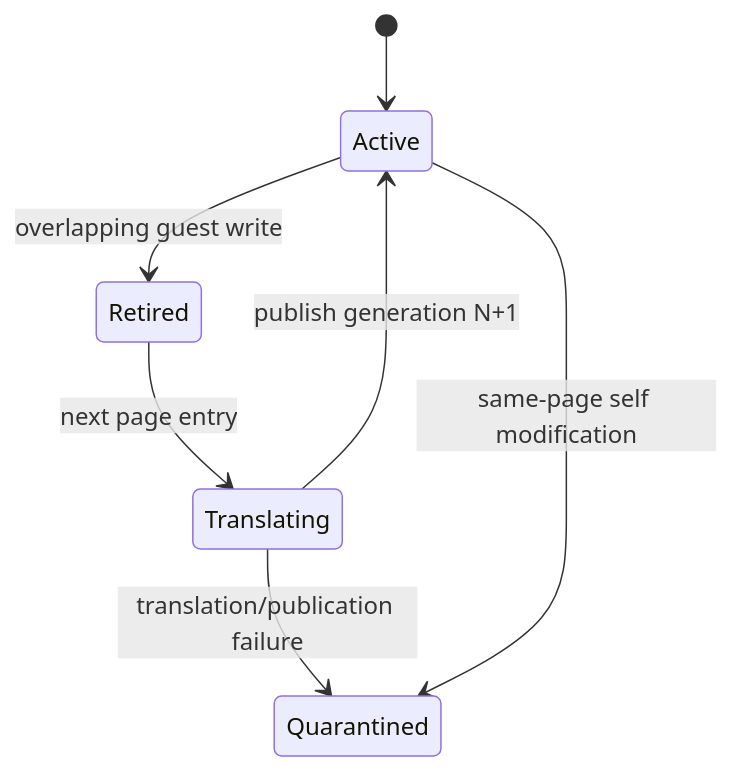
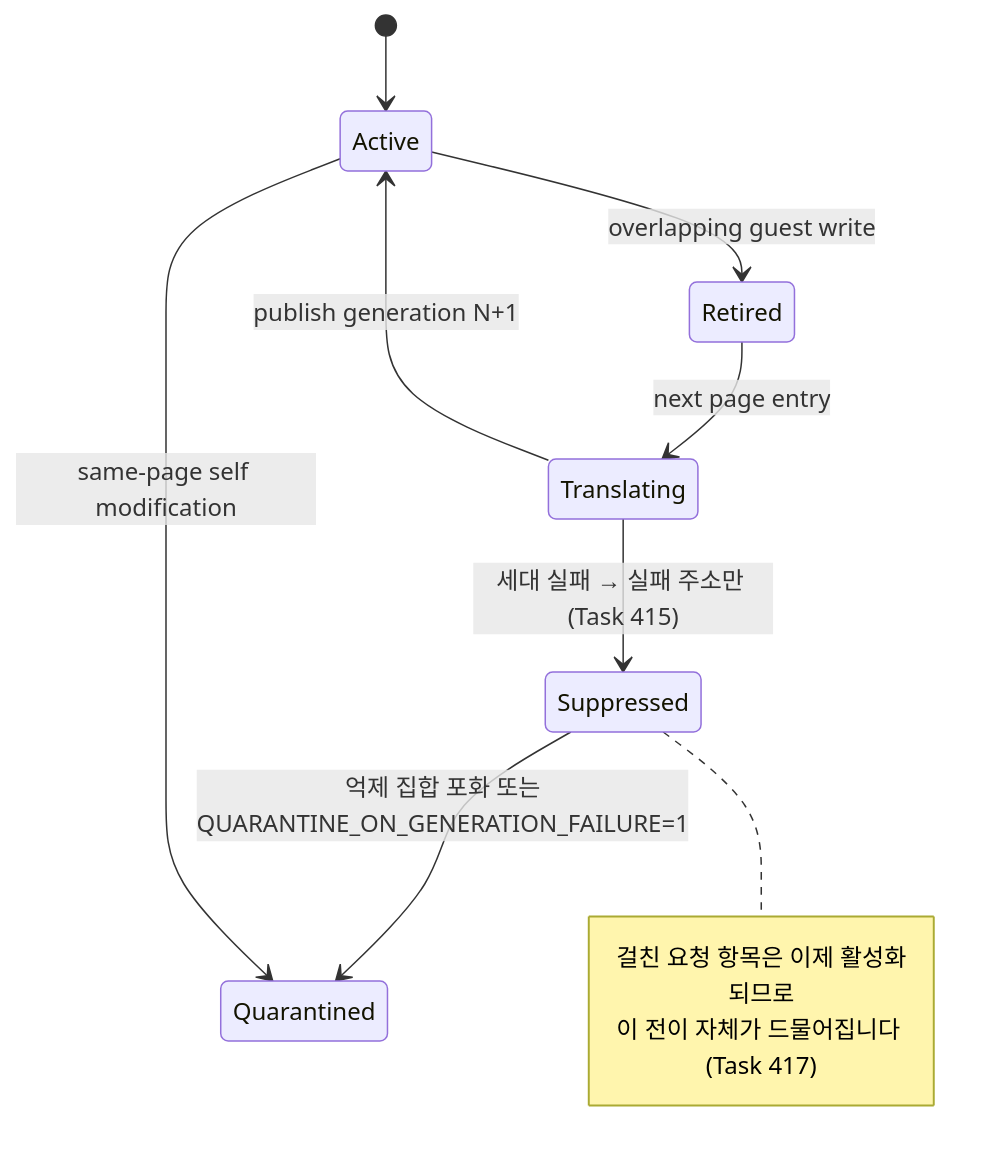
Diagram 18 of 30 in ARCHITECTURE.md (nworkers/rePIU), drawn with Mermaid before and after one commit. The commit also changed other lines of this file and 22 other files, not shown here.

````diff
--- a/ARCHITECTURE.md
+++ b/ARCHITECTURE.md
@@ -1100,9 +1118,14 @@
 ```mermaid
 stateDiagram-v2
     [*] --> Active
     Active --> Retired: overlapping guest write
     Retired --> Translating: next page entry
     Translating --> Active: publish generation N+1
-    Translating --> Quarantined: translation/publication failure
+    Translating --> Suppressed: 세대 실패 → 실패 주소만 (Task 415)
+    Suppressed --> Quarantined: 억제 집합 포화 또는<br/>QUARANTINE_ON_GENERATION_FAILURE=1
     Active --> Quarantined: same-page self modification
+    note right of Suppressed
+        걸친 요청 항목은 이제 활성화되므로
+        이 전이 자체가 드물어집니다 (Task 417)
+    end note
 ```
````
